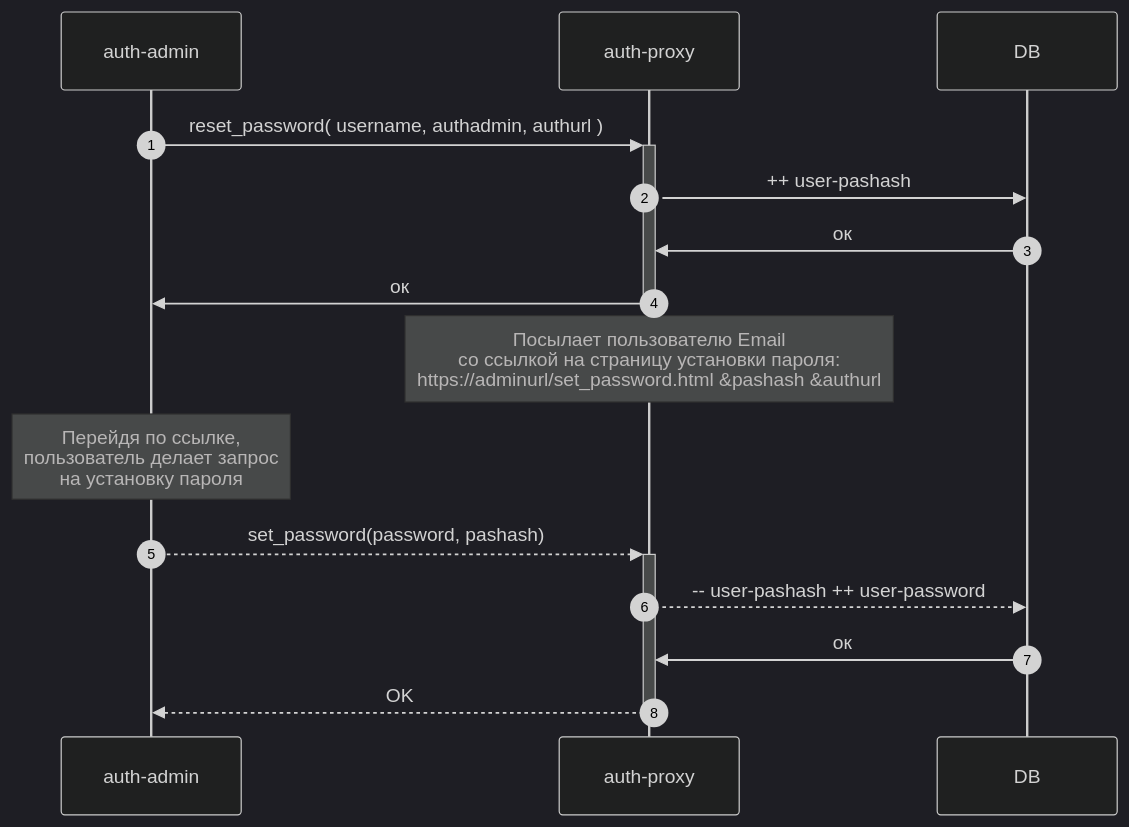
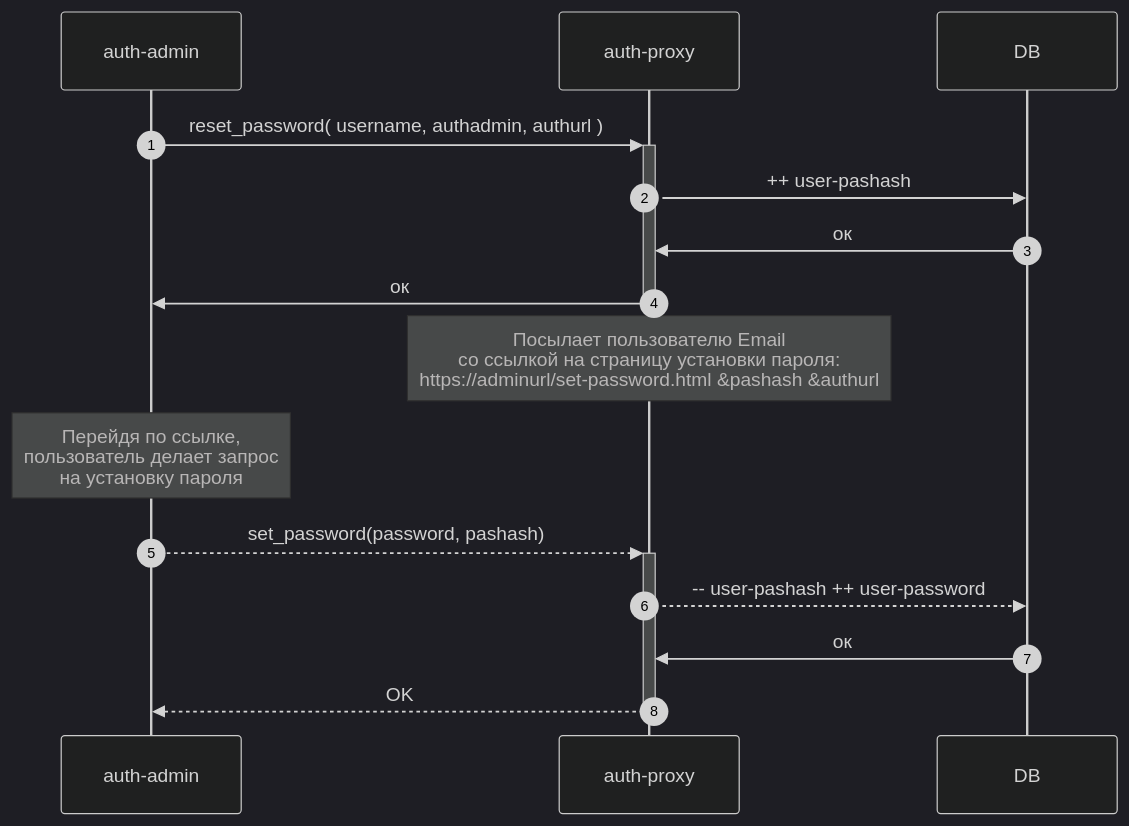
One commit to vadim-ivlev/auth-proxy changed the diagram in README.md. Above: the diagram before and after it, drawn with Mermaid (dark theme). The commit also changed 23 other files, not shown here.

````diff
--- a/README.md
+++ b/README.md
@@ -144,19 +144,19 @@
 ```mermaid
 sequenceDiagram
     autonumber
     auth-admin ->>+ auth-proxy : reset_password( username, authadmin, authurl )
 
     auth-proxy ->> DB: ++ user-pashash
     DB ->> auth-proxy: ок
     auth-proxy ->> -auth-admin: ок
 
 
-    Note over auth-proxy: Посылает  пользователю Email<br>со ссылкой на страницу установки пароля: <br> https://adminurl/set_password.html &pashash &authurl
+    Note over auth-proxy: Посылает  пользователю Email<br>со ссылкой на страницу установки пароля: <br> https://adminurl/set-password.html &pashash &authurl
 
     Note over auth-admin: Перейдя по ссылке,<br> пользователь делает запрос<br> на установку пароля
         
     auth-admin -->>+ auth-proxy: set_password(password, pashash)
     auth-proxy -->> DB: -- user-pashash ++ user-password 
     DB ->> auth-proxy: ок
     auth-proxy -->>- auth-admin: OK
 ```
````
